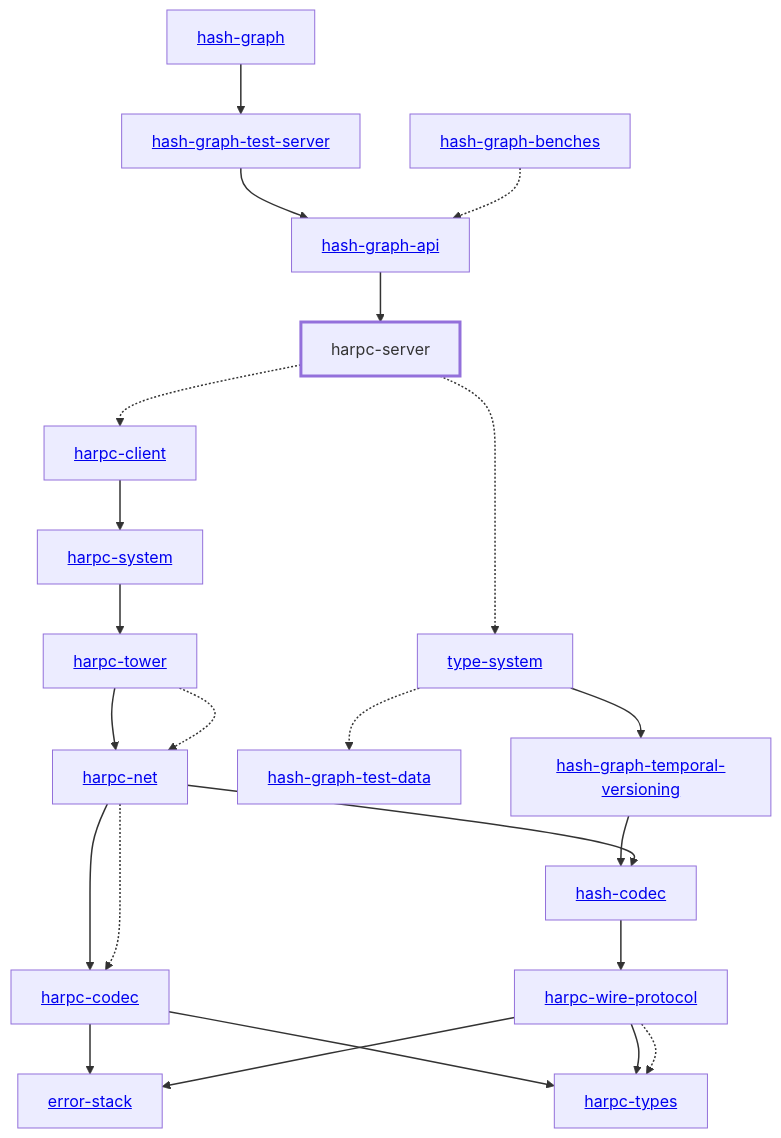
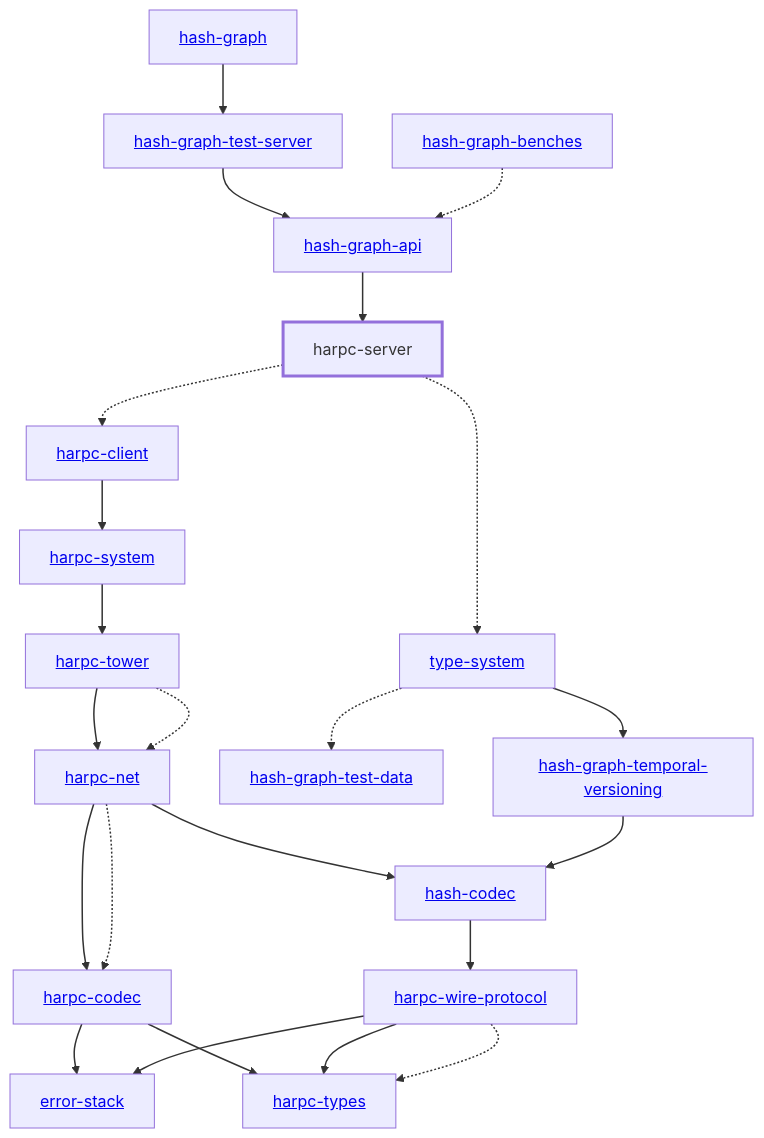
The diagram in libs/@local/harpc/server/docs/dependency-diagram.mmd (hashintel/hash), drawn with Mermaid before and after one commit. The commit also changed other lines of this file and 29 other files, not shown here.

Commit message:
Fix dependency graphs

```diff
--- a/libs/@local/harpc/server/docs/dependency-diagram.mmd
+++ b/libs/@local/harpc/server/docs/dependency-diagram.mmd
@@ -1,50 +1,50 @@
 graph TD
     linkStyle default stroke-width:1.5px
     classDef default stroke-width:1px
     classDef root stroke-width:3px
     classDef dev stroke-width:1px
     classDef build stroke-width:1px
     %% Legend
     %% --> : Normal dependency
     %% -.-> : Dev dependency
     %% ---> : Build dependency
     0[<a href="../hash_codec/index.html">hash-codec</a>]
     1[<a href="../hash_graph/index.html">hash-graph</a>]
     2[<a href="../hash_graph_api/index.html">hash-graph-api</a>]
     3[<a href="../hash_graph_test_server/index.html">hash-graph-test-server</a>]
     4[<a href="../hash_graph_benches/index.html">hash-graph-benches</a>]
     5[<a href="../type_system/index.html">type-system</a>]
     6[<a href="../hash_graph_temporal_versioning/index.html">hash-graph-temporal-versioning</a>]
     7[<a href="../error_stack/index.html">error-stack</a>]
     8[<a href="../hash_graph_test_data/index.html">hash-graph-test-data</a>]
     9[<a href="../harpc_client/index.html">harpc-client</a>]
     10[<a href="../harpc_codec/index.html">harpc-codec</a>]
     11[<a href="../harpc_net/index.html">harpc-net</a>]
     12[harpc-server]
     class 12 root
     13[<a href="../harpc_system/index.html">harpc-system</a>]
     14[<a href="../harpc_tower/index.html">harpc-tower</a>]
     15[<a href="../harpc_types/index.html">harpc-types</a>]
     16[<a href="../harpc_wire_protocol/index.html">harpc-wire-protocol</a>]
     3 --> 2
-    6 --> 0
+    5 --> 6
     4 -.-> 2
+    5 -.-> 8
     9 --> 13
     10 --> 7
     10 --> 15
     11 --> 10
     11 --> 0
     11 -.-> 10
     12 -.-> 9
     12 -.-> 5
     13 --> 14
     14 --> 11
     14 -.-> 11
     16 --> 7
     16 --> 15
     16 -.-> 15
     0 --> 16
-    5 --> 6
     1 --> 3
-    5 -.-> 8
+    6 --> 0
     2 --> 12
```
